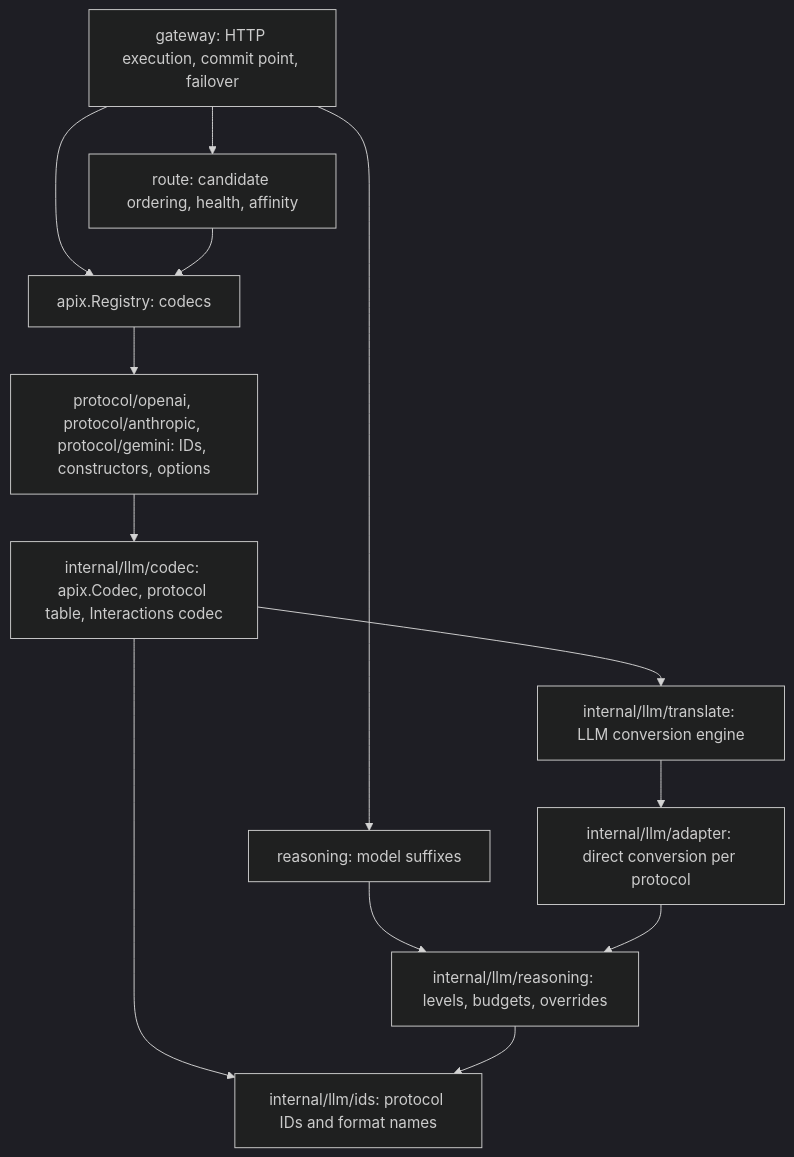
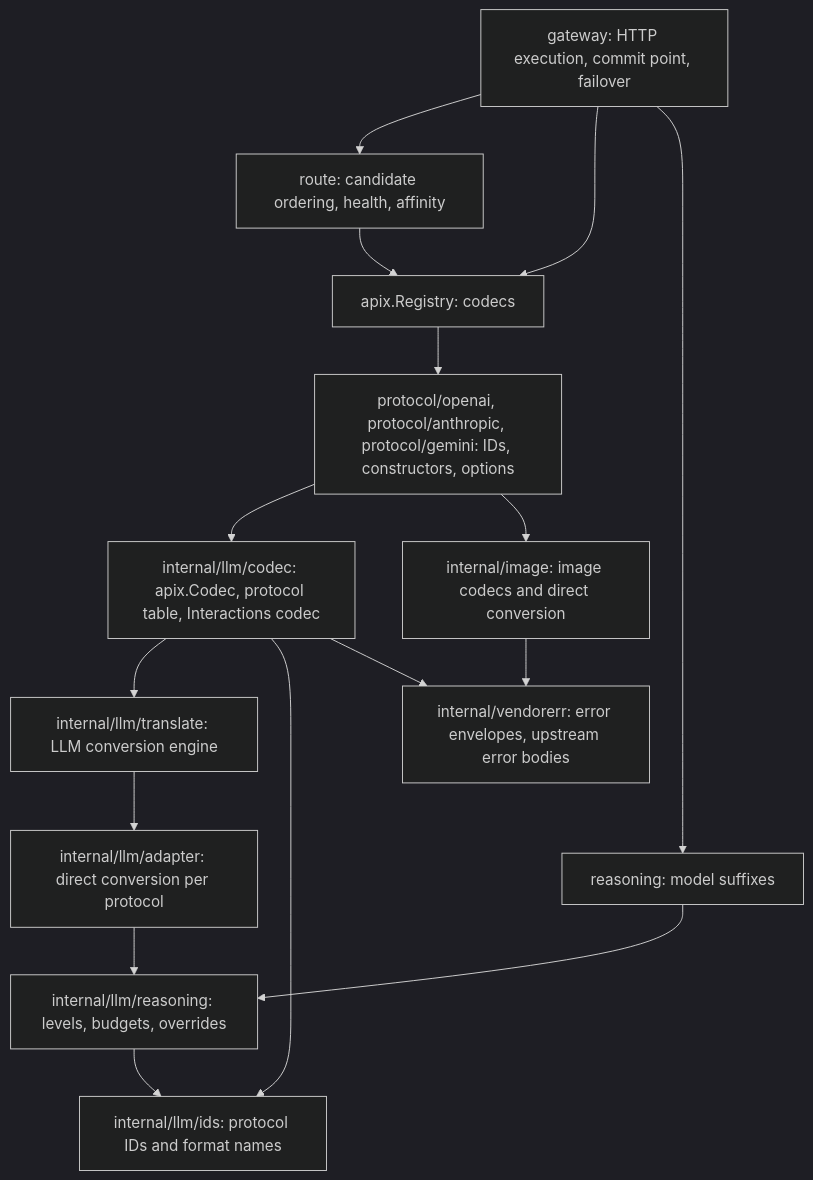
The diagram in docs/architecture.md (dillonzq/apix), drawn with Mermaid (dark theme) before and after one commit. The commit also changed other lines of this file and 30 other files, not shown here.

````diff
--- a/docs/architecture.md
+++ b/docs/architecture.md
@@ -7,15 +7,18 @@
 ```mermaid
 flowchart TD
     GW[gateway: HTTP execution, commit point, failover] --> RT[route: candidate ordering, health, affinity]
     GW --> REG[apix.Registry: codecs]
     GW --> TH[reasoning: model suffixes]
     RT --> REG
     REG --> VENDOR[protocol/openai, protocol/anthropic, protocol/gemini: IDs, constructors, options]
     VENDOR --> CODEC[internal/llm/codec: apix.Codec, protocol table, Interactions codec]
     TH --> RS
     CODEC --> ENGINE[internal/llm/translate: LLM conversion engine]
     ENGINE --> ADAPTERS[internal/llm/adapter: direct conversion per protocol]
     ADAPTERS --> RS[internal/llm/reasoning: levels, budgets, overrides]
     CODEC --> IDS[internal/llm/ids: protocol IDs and format names]
     RS --> IDS
+    VENDOR --> IMAGE[internal/image: image codecs and direct conversion]
+    CODEC --> VE[internal/vendorerr: error envelopes, upstream error bodies]
+    IMAGE --> VE
 ```
````
